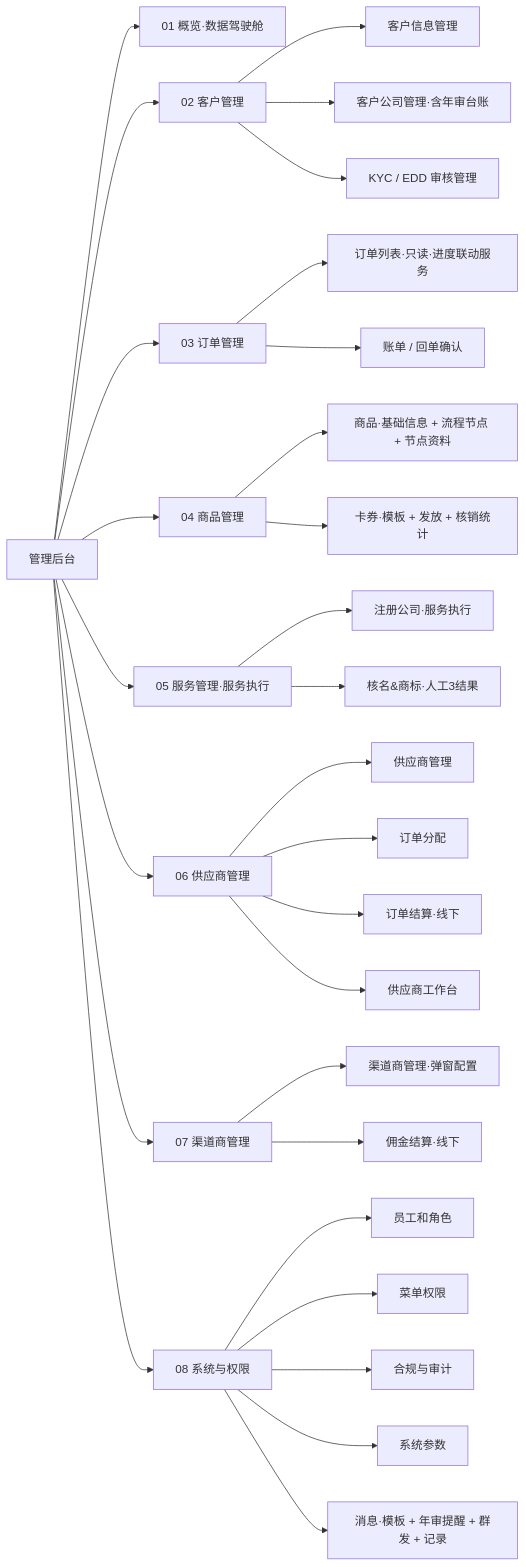
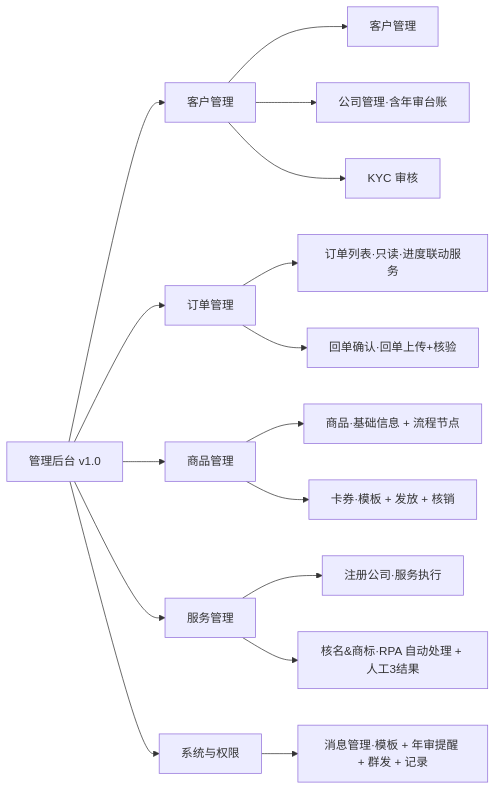
One commit to xiahan3/leapex_Leapexbiz changed the first of 2 diagrams in docs/PRD_Leapexbiz管理后台_v1.0.md. Above: the diagram before and after it, drawn with Mermaid. The commit also changed other lines of this file and 1 other file, not shown here.

First line of the commit message:
后台 PRD 拆分 1.0 / 1.1 版本（按产品脑图范围）

````diff
--- a/docs/PRD_Leapexbiz管理后台_v1.0.md
+++ b/docs/PRD_Leapexbiz管理后台_v1.0.md
@@ -57,31 +49,18 @@
 ```mermaid
 graph LR
-  A[管理后台] --> M1[01 概览·数据驾驶舱]
-  A --> M2[02 客户管理]
-  A --> M3[03 订单管理]
-  A --> M4[04 商品管理]
-  A --> M5[05 服务管理·服务执行]
-  A --> M6[06 供应商管理]
-  A --> M7[07 渠道商管理]
-  A --> M8[08 系统与权限]
-  M2 --> M2a[客户信息管理]
-  M2 --> M2b[客户公司管理·含年审台账]
-  M2 --> M2c[KYC / EDD 审核管理]
+  A[管理后台 v1.0] --> M2[客户管理]
+  A --> M3[订单管理]
+  A --> M4[商品管理]
+  A --> M5[服务管理]
+  A --> M8[系统与权限]
+  M2 --> M2a[客户管理]
+  M2 --> M2b[公司管理·含年审台账]
+  M2 --> M2c[KYC 审核]
   M3 --> M3a[订单列表·只读·进度联动服务]
-  M3 --> M3b[账单 / 回单确认]
-  M4 --> M4a[商品·基础信息 + 流程节点 + 节点资料]
-  M4 --> M4b[卡券·模板 + 发放 + 核销统计]
+  M3 --> M3b[回单确认·回单上传+核验]
+  M4 --> M4a[商品·基础信息 + 流程节点]
+  M4 --> M4b[卡券·模板 + 发放 + 核销]
   M5 --> M5x[注册公司·服务执行]
-  M5 --> M5y[核名&商标·人工3结果]
-  M6 --> M6a[供应商管理]
-  M6 --> M6b[订单分配]
-  M6 --> M6c[订单结算·线下]
-  M6 --> M6d[供应商工作台]
-  M7 --> M7a[渠道商管理·弹窗配置]
-  M7 --> M7b[佣金结算·线下]
-  M8 --> M8a[员工和角色]
-  M8 --> M8b[菜单权限]
-  M8 --> M8c[合规与审计]
-  M8 --> M8d[系统参数]
-  M8 --> M8e[消息·模板 + 年审提醒 + 群发 + 记录]
+  M5 --> M5y[核名&商标·RPA 自动处理 + 人工3结果]
+  M8 --> M8e[消息管理·模板 + 年审提醒 + 群发 + 记录]
 ```
````
